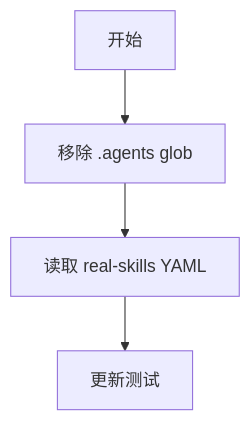
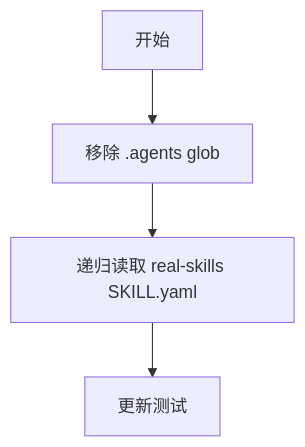
One commit to wisdomWindy/skill-hub changed the second of 3 diagrams in docs/requests/use-real-skill-data-directory/module-runs/module-01-real-skill-data-directory/plan/plan.md. Above: the diagram before and after it, drawn with Mermaid. The commit also changed other lines of this file and 50 other files, not shown here.

Commit message:
feat: mirror real skill data structure

````diff
--- a/docs/requests/use-real-skill-data-directory/module-runs/module-01-real-skill-data-directory/plan/plan.md
+++ b/docs/requests/use-real-skill-data-directory/module-runs/module-01-real-skill-data-directory/plan/plan.md
@@ -21,6 +21,6 @@
 ```mermaid
 flowchart TD
   A["开始"] --> B["移除 .agents glob"]
-  B --> C["读取 real-skills YAML"]
+  B --> C["递归读取 real-skills SKILL.yaml"]
   C --> D["更新测试"]
 ```
````
